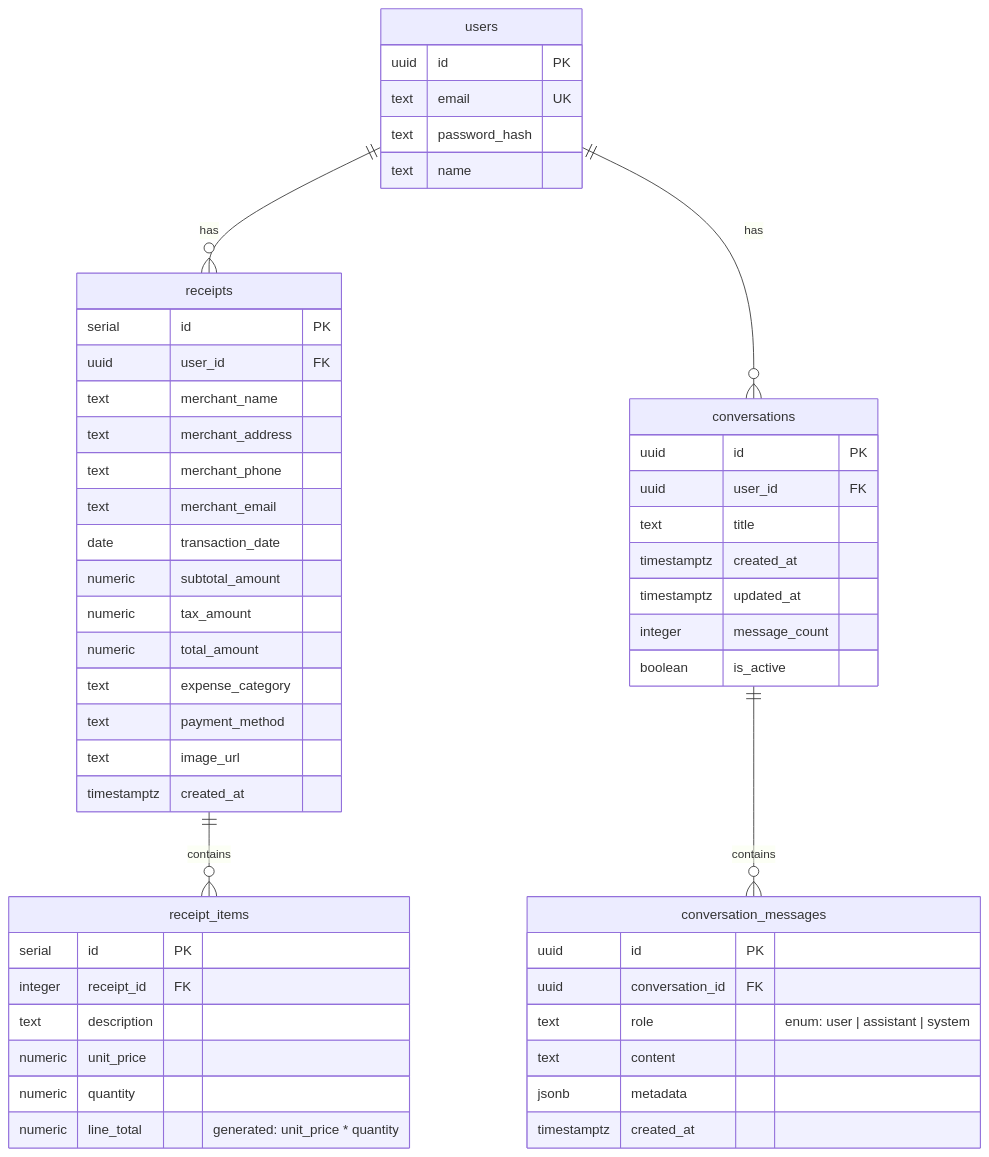
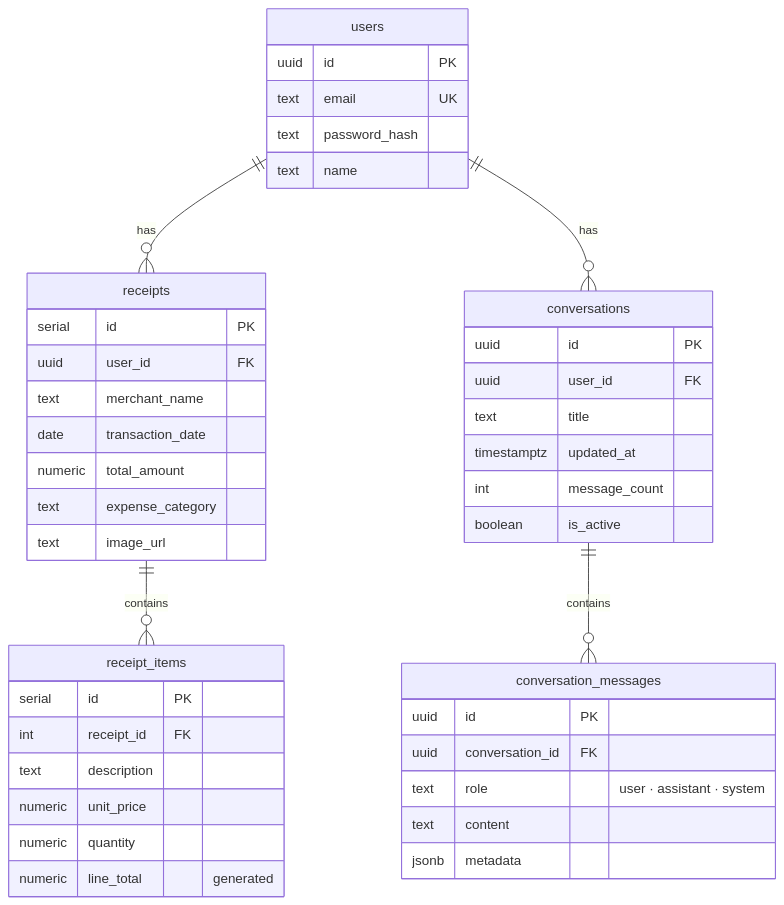
The second of 6 diagrams in docs/LLD.md (siddanth-6365/TrackIt-AI), drawn with Mermaid before and after one commit. The commit also changed other lines of this file, not shown here.

````diff
--- a/docs/LLD.md
+++ b/docs/LLD.md
@@ -80,59 +77,46 @@
 ```mermaid
 erDiagram
     users {
         uuid id PK
         text email UK
         text password_hash
         text name
     }
-
     receipts {
         serial id PK
         uuid user_id FK
         text merchant_name
-        text merchant_address
-        text merchant_phone
-        text merchant_email
         date transaction_date
-        numeric subtotal_amount
-        numeric tax_amount
         numeric total_amount
         text expense_category
-        text payment_method
         text image_url
-        timestamptz created_at
     }
-
     receipt_items {
         serial id PK
-        integer receipt_id FK
+        int receipt_id FK
         text description
         numeric unit_price
         numeric quantity
-        numeric line_total "generated: unit_price * quantity"
+        numeric line_total "generated"
     }
-
     conversations {
         uuid id PK
         uuid user_id FK
         text title
-        timestamptz created_at
         timestamptz updated_at
-        integer message_count
+        int message_count
         boolean is_active
     }
-
     conversation_messages {
         uuid id PK
         uuid conversation_id FK
-        text role "enum: user | assistant | system"
+        text role "user · assistant · system"
         text content
         jsonb metadata
-        timestamptz created_at
     }
 
     users ||--o{ receipts : "has"
     users ||--o{ conversations : "has"
     receipts ||--o{ receipt_items : "contains"
     conversations ||--o{ conversation_messages : "contains"
 ```
````
